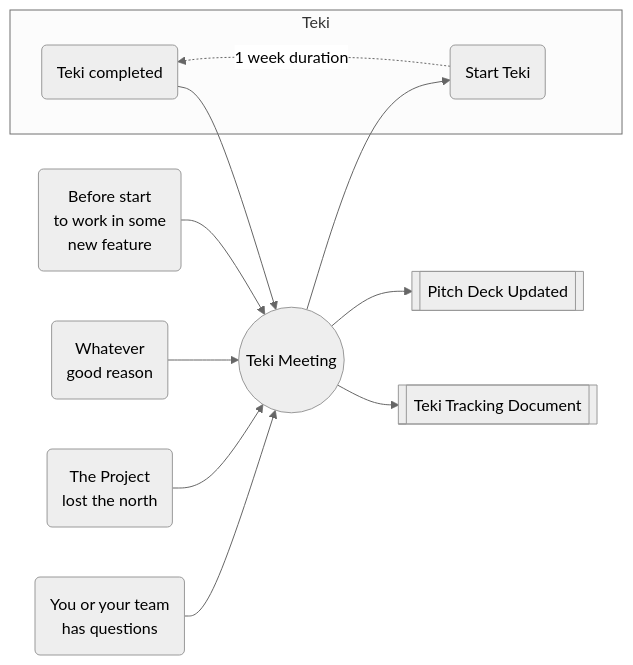
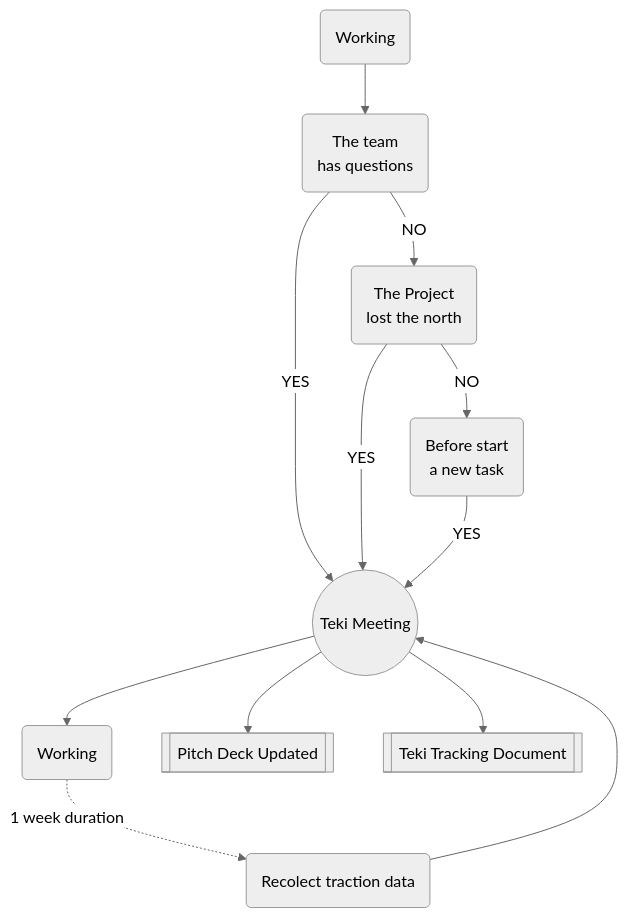
One commit to soygcm/teki changed the diagram in README.md. Above: the diagram before and after it, drawn with Mermaid (neutral theme). The commit also changed other lines of this file, not shown here.

Commit message:
adding a lot of content in the meeting topics

````diff
--- a/README.md
+++ b/README.md
@@ -51,17 +56,13 @@
 ```mermaid
-  graph LR
-    week(Teki completed)-->teki_meeting((Teki Meeting))
-    question(You or your team </br> has questions)-->teki_meeting
-    lost_the_north(The Project </br> lost the north)-->teki_meeting
-    other(Whatever </br> good reason)-->teki_meeting
-    before_start(Before start </br> to work in some </br> new feature)-->teki_meeting
-    
+  graph TB
+    teki_meeting((Teki Meeting)) --> start_teki(Working)
+    start_teki -.-> |1 week duration| week(Recolect traction data)
+    week --> teki_meeting
+
     teki_meeting-->pd[[Pitch Deck Updated]]
-    teki_meeting-->progress_doc[[Teki Tracking Document]]
-    teki_meeting-->start_teki(Start Teki)
+    teki_meeting-->progress_doc[[Teki Tracking Document]]    
 
-    subgraph Teki
-        start_teki -.-> |1 week duration| week
-    end
-
-```
+    start_teki2(Working) --> question(The team </br> has questions) --> |YES| teki_meeting((Teki Meeting))
+    question --> |NO| lost_the_north(The Project </br> lost the north) --> |YES| teki_meeting
+    lost_the_north --> |NO| before_start(Before start </br> a new task)--> |YES| teki_meeting
+``` 
````
